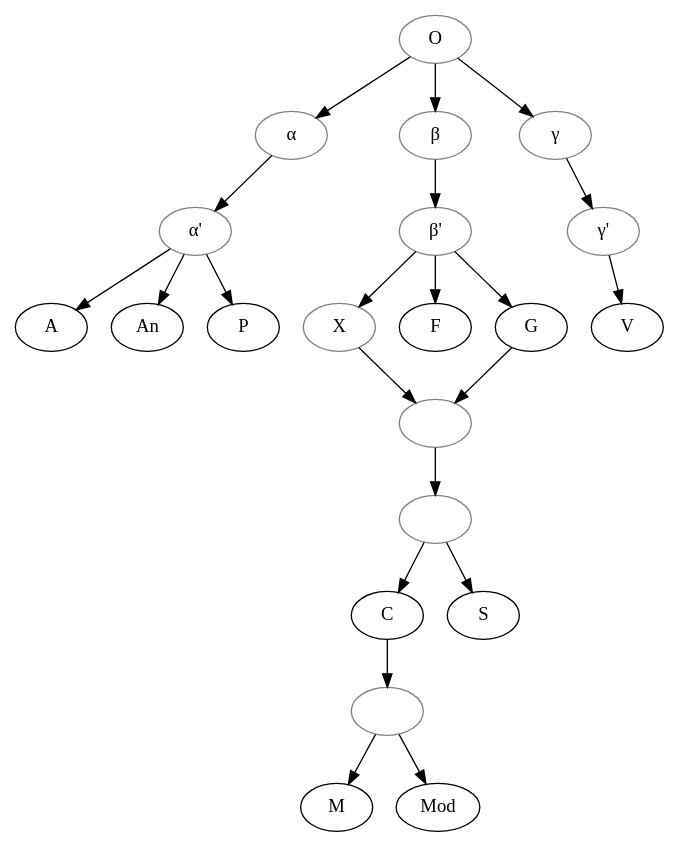
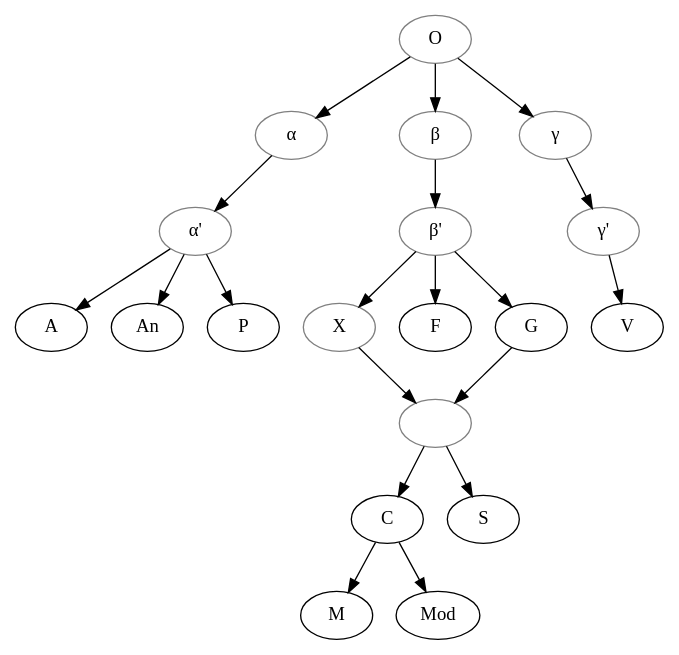
The diagram in data/fro/Jonin_1958_Yvain/stemma.gv (OpenStemmata/database), drawn with Graphviz before and after one commit.

Commit message:
Remove unnecessary nodes

```diff
--- a/data/fro/Jonin_1958_Yvain/stemma.gv
+++ b/data/fro/Jonin_1958_Yvain/stemma.gv
@@ -1,36 +1,32 @@
 digraph {
     O[color="grey"];
     alpha[label="α", color="grey"];
     alphaprime[label="α'", color="grey"];
     beta[label="β", color="grey"];
     betaprime[label="β'", color="grey"];
     gamma[label="γ", color="grey"];
     gammaprime[label="γ'", color="grey"];
     1[label="", color="grey"];
-    2[label="", color="grey"];
-    3[label="", color="grey"];
     X[label="X", color="grey"];
 
     O->alpha;
     alpha->alphaprime;
     alphaprime->A;
     alphaprime->An;
     alphaprime->P;
     O->beta;
     beta->betaprime;
     betaprime->F;
     betaprime->X;
     betaprime->G;
     X->1;
     G->1;
-    1->2;
-    2->C;
-    2->S;
-    C->3;
-    3->M;
-    3->Mod;
+    1->C;
+    1->S;
+    C->M;
+    C->Mod;
     O->gamma;
     gamma->gammaprime;
     gammaprime->V;
 
 }
```
